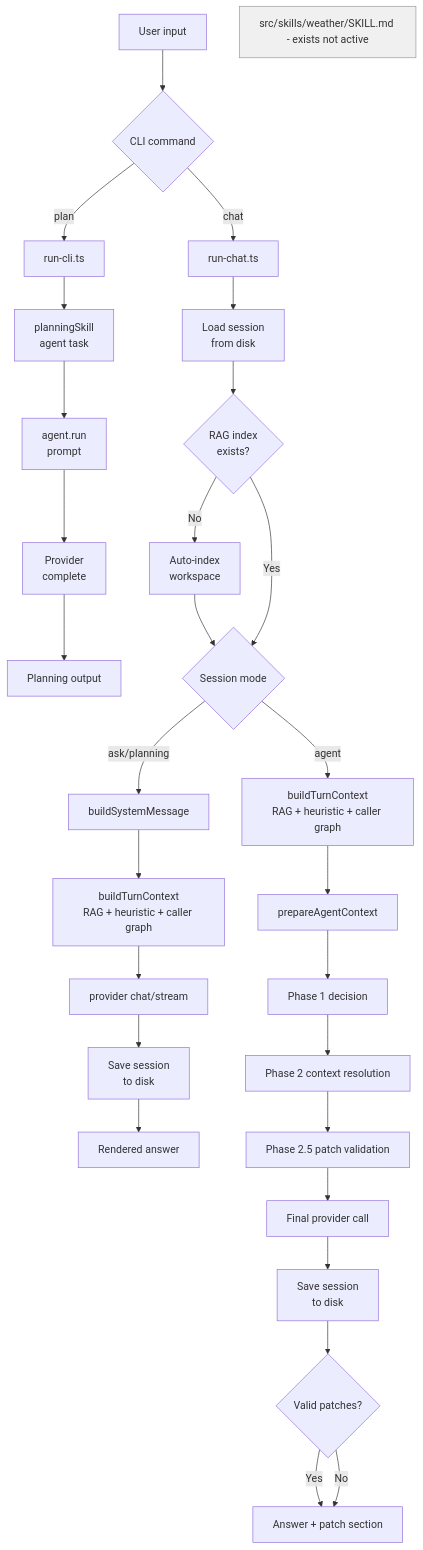
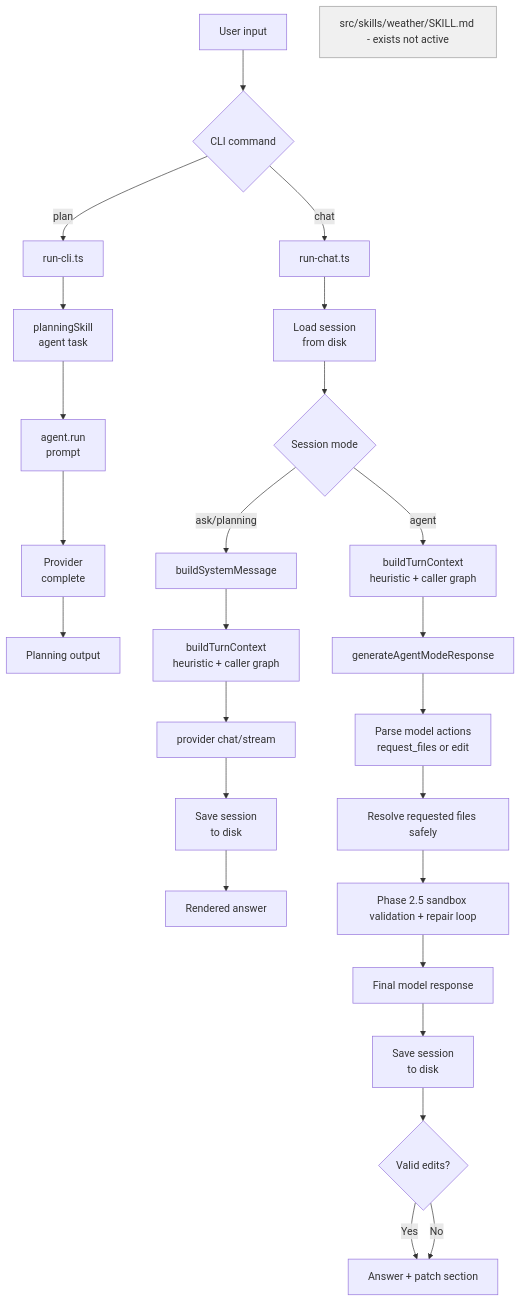
Before and after one commit to lucasaguilar/rei: the second of 2 diagrams in README.md, drawn with Mermaid. The commit also changed other lines of this file and 16 other files, not shown here.

First line of the commit message:
refactor: Update agent mode to use XML-based action protocol

````diff
--- a/README.md
+++ b/README.md
@@ -629,37 +544,34 @@
 ```mermaid
 flowchart TD
   A[User input] --> B{CLI command}
 
   B -->|plan| C[run-cli.ts]
   C --> D[planningSkill<br/>agent task]
   D --> E[agent.run<br/>prompt]
   E --> F[Provider<br/>complete]
   F --> G[Planning output]
 
   B -->|chat| H[run-chat.ts]
   H --> HS[Load session<br/>from disk]
-  HS --> AI{RAG index<br/>exists?}
-  AI -->|No| AI2[Auto-index<br/>workspace]
-  AI2 --> I{Session mode}
-  AI -->|Yes| I
+  HS --> I{Session mode}
 
   I -->|ask/planning| J[buildSystemMessage]
-  J --> K[buildTurnContext<br/>RAG + heuristic + caller graph]
+  J --> K[buildTurnContext<br/>heuristic + caller graph]
   K --> L[provider chat/stream]
   L --> LS[Save session<br/>to disk]
   LS --> M[Rendered answer]
 
-  I -->|agent| N[buildTurnContext<br/>RAG + heuristic + caller graph]
-  N --> O[prepareAgentContext]
-  O --> P[Phase 1 decision]
-  P --> Q[Phase 2 context resolution]
-  Q --> R[Phase 2.5 patch validation]
-  R --> S[Final provider call]
+  I -->|agent| N[buildTurnContext<br/>heuristic + caller graph]
+  N --> O[generateAgentModeResponse]
+  O --> P[Parse model actions<br/>request_files or edit]
+  P --> Q[Resolve requested files safely]
+  Q --> R[Phase 2.5 sandbox validation + repair loop]
+  R --> S[Final model response]
   S --> SLS[Save session<br/>to disk]
-  SLS --> T{Valid patches?}
+  SLS --> T{Valid edits?}
   T -->|Yes| U[Answer + patch section]
   T -->|No| U
 
   style V fill:#f0f0f0,stroke:#999
   V[src/skills/weather/SKILL.md - exists not active]
 ```
````
